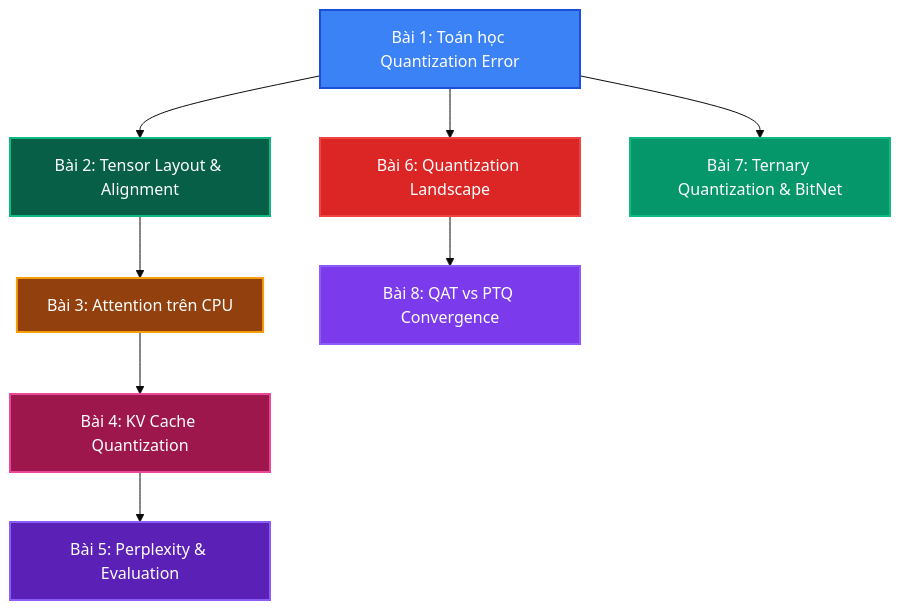
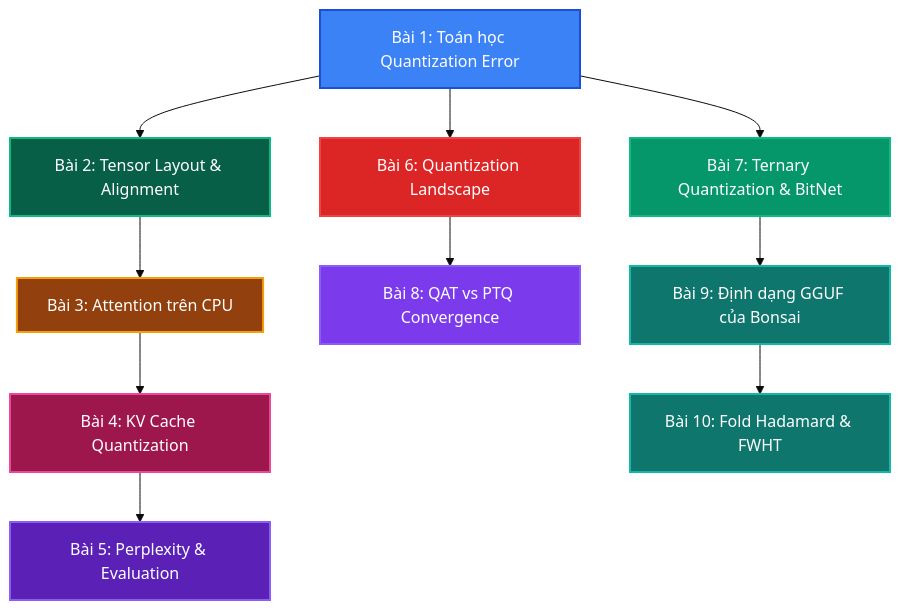
One commit to tuandung222/llama-cpp-architecture-lectures changed the diagram in docs/theory_deep_dive/roadmap_theory.md. Above: the diagram before and after it, drawn with Mermaid (base theme). The commit also changed other lines of this file and 25 other files, not shown here.

````diff
--- a/docs/theory_deep_dive/roadmap_theory.md
+++ b/docs/theory_deep_dive/roadmap_theory.md
@@ -14,19 +14,23 @@
 ```mermaid
 graph TD
     T1[Bài 1: Toán học Quantization Error] --> T2[Bài 2: Tensor Layout & Alignment]
     T2 --> T3[Bài 3: Attention trên CPU]
     T3 --> T4[Bài 4: KV Cache Quantization]
     T4 --> T5[Bài 5: Perplexity & Evaluation]
     T1 --> T6[Bài 6: Quantization Landscape]
     T1 --> T7[Bài 7: Ternary Quantization & BitNet]
     T6 --> T8[Bài 8: QAT vs PTQ Convergence]
+    T7 --> T9[Bài 9: Định dạng GGUF của Bonsai]
+    T9 --> T10[Bài 10: Fold Hadamard & FWHT]
 
     style T1 fill:#3b82f6,stroke:#1d4ed8,stroke-width:2px,color:#fff
     style T2 fill:#065f46,stroke:#10b981,stroke-width:2px,color:#fff
     style T3 fill:#92400e,stroke:#f59e0b,stroke-width:2px,color:#fff
     style T4 fill:#9d174d,stroke:#ec4899,stroke-width:2px,color:#fff
     style T5 fill:#5b21b6,stroke:#8b5cf6,stroke-width:2px,color:#fff
     style T6 fill:#dc2626,stroke:#ef4444,stroke-width:2px,color:#fff
     style T7 fill:#059669,stroke:#10b981,stroke-width:2px,color:#fff
     style T8 fill:#7c3aed,stroke:#8b5cf6,stroke-width:2px,color:#fff
+    style T9 fill:#0f766e,stroke:#14b8a6,stroke-width:2px,color:#fff
+    style T10 fill:#0f766e,stroke:#14b8a6,stroke-width:2px,color:#fff
 ```
````
